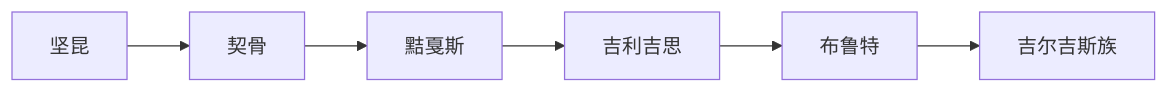
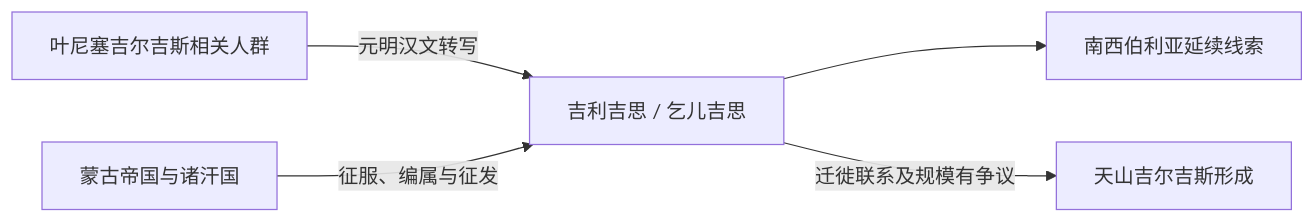
One commit to tianlan-dev/learning-notes changed the diagram in 人文科学/历史/东亚/中国/_民族/突厥语族与北方草原/叶尼塞吉尔吉斯/吉利吉思.md. Above: the diagram before and after it, drawn with Mermaid. The commit also changed other lines of this file and 180 other files, not shown here.

````diff
--- a/人文科学/历史/东亚/中国/_民族/突厥语族与北方草原/叶尼塞吉尔吉斯/吉利吉思.md
+++ b/人文科学/历史/东亚/中国/_民族/突厥语族与北方草原/叶尼塞吉尔吉斯/吉利吉思.md
@@ -28,8 +30,7 @@
 ```mermaid
 flowchart LR
-  Jiankun["坚昆"] --> Qigu["契骨"]
-  Qigu --> Xiajiasi["黠戛斯"]
-  Xiajiasi --> Jilijisi["吉利吉思"]
-  Jilijisi --> Bulute["布鲁特"]
-  Bulute --> Kyrgyz["吉尔吉斯族"]
+    Yenisei["叶尼塞吉尔吉斯相关人群"] -->|"元明汉文转写"| Jilijisi["吉利吉思 / 乞儿吉思"]
+    Mongol["蒙古帝国与诸汗国"] -->|"征服、编属与征发"| Jilijisi
+    Jilijisi --> North["南西伯利亚延续线索"]
+    Jilijisi -->|"迁徙联系及规模有争议"| Tianshan["天山吉尔吉斯形成"]
 ```
````
